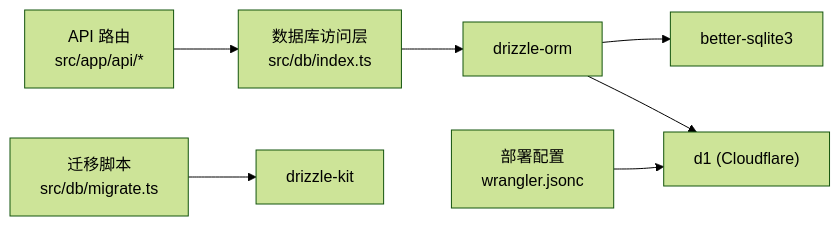
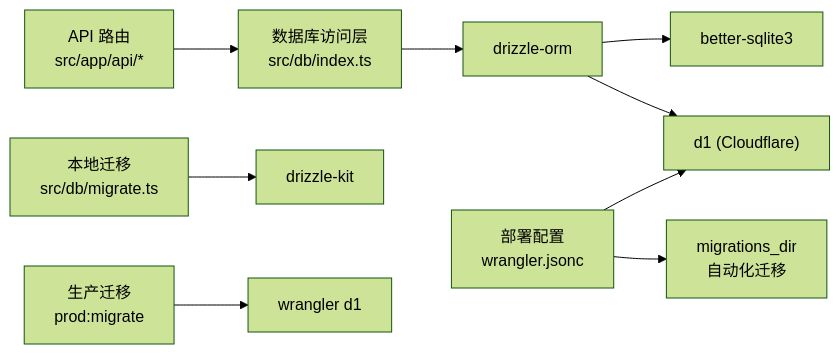
One commit to pnnh/weable changed the fourth of 5 diagrams in .qoder/repowiki/zh/content/部署指南/数据库配置.md. Above: the diagram before and after it, drawn with Mermaid (forest theme). The commit also changed other lines of this file and 138 other files, not shown here.

Commit message:
未登录时访问console跳转至signin页面 修复点击图片目录未正确跳转问题 实现图片批量删除功能 将上传页面改成造成轻量级队列，实现分部上传和重试功能（绕过worker限制）

````diff
--- a/.qoder/repowiki/zh/content/部署指南/数据库配置.md
+++ b/.qoder/repowiki/zh/content/部署指南/数据库配置.md
@@ -238,9 +265,11 @@
 ```mermaid
 graph LR
 A["API 路由<br/>src/app/api/*"] --> B["数据库访问层<br/>src/db/index.ts"]
 B --> C["drizzle-orm"]
 C --> D["better-sqlite3"]
 C --> E["d1 (Cloudflare)"]
-F["迁移脚本<br/>src/db/migrate.ts"] --> G["drizzle-kit"]
-H["部署配置<br/>wrangler.jsonc"] --> E
+F["本地迁移<br/>src/db/migrate.ts"] --> G["drizzle-kit"]
+H["生产迁移<br/>prod:migrate"] --> I["wrangler d1"]
+J["部署配置<br/>wrangler.jsonc"] --> E
+J --> K["migrations_dir<br/>自动化迁移"]
 ```
````
